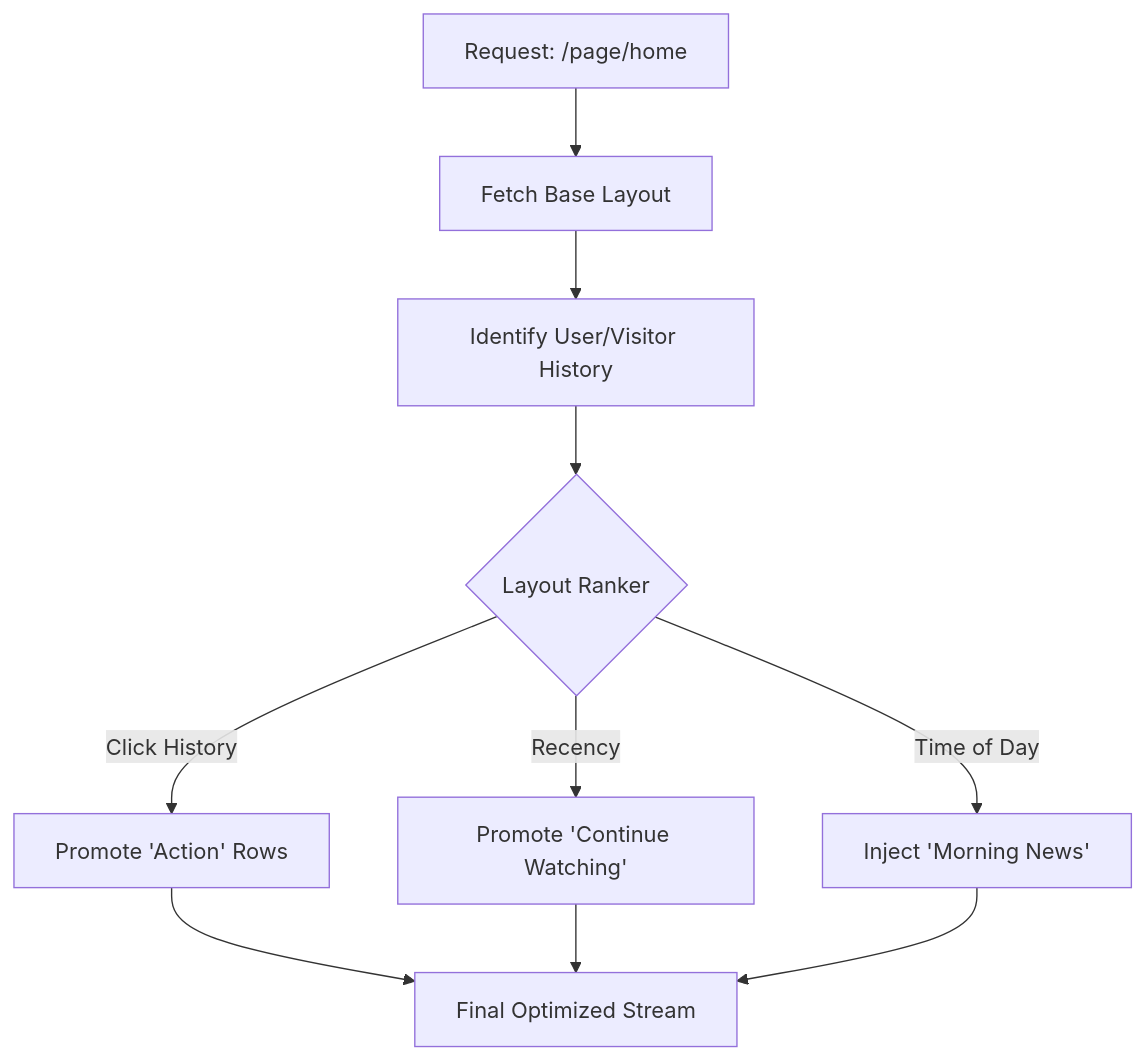
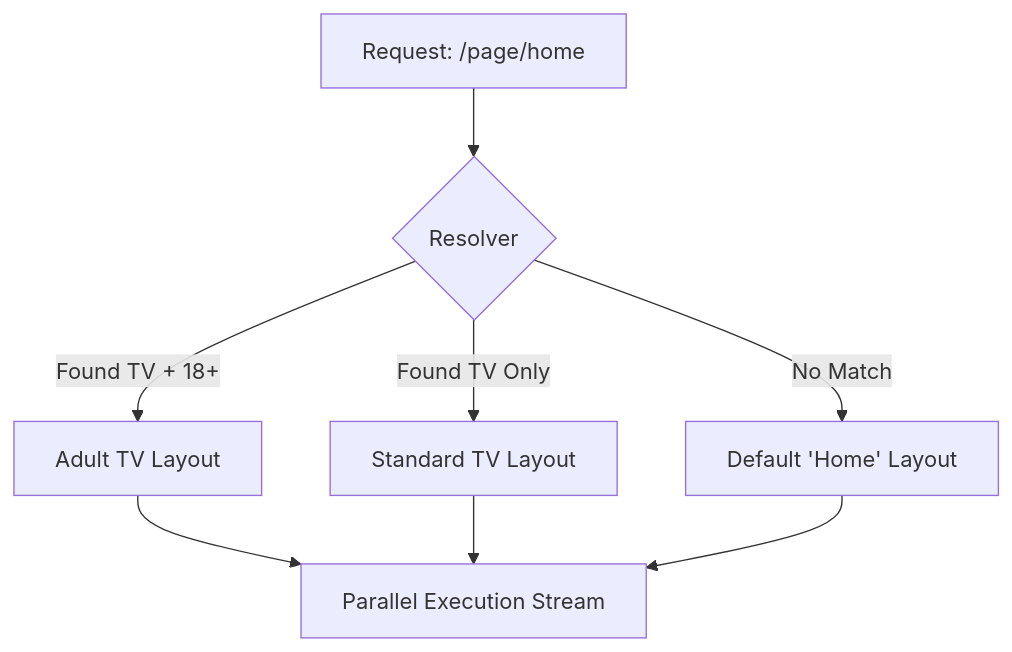
The diagram in docs/architecture/PAGES.md (adiozdaniel/bongas-ai), drawn with Mermaid before and after one commit. The commit also changed other lines of this file and 15 other files, not shown here.

````diff
--- a/docs/architecture/PAGES.md
+++ b/docs/architecture/PAGES.md
@@ -23,10 +37,8 @@
 ```mermaid
 graph TD
-    A[Request: /page/home] --> B[Fetch Base Layout]
-    B --> C[Identify User/Visitor History]
-    C --> D{Layout Ranker}
-    D -->|Click History| E[Promote 'Action' Rows]
-    D -->|Recency| F[Promote 'Continue Watching']
-    D -->|Time of Day| G[Inject 'Morning News']
-    E & F & G --> H[Final Optimized Stream]
+    A[Request: /page/home] --> B{Resolver}
+    B -->|Found TV + 18+| C[Adult TV Layout]
+    B -->|Found TV Only| D[Standard TV Layout]
+    B -->|No Match| E[Default 'Home' Layout]
+    C & D & E --> F[Parallel Execution Stream]
 ```
````
